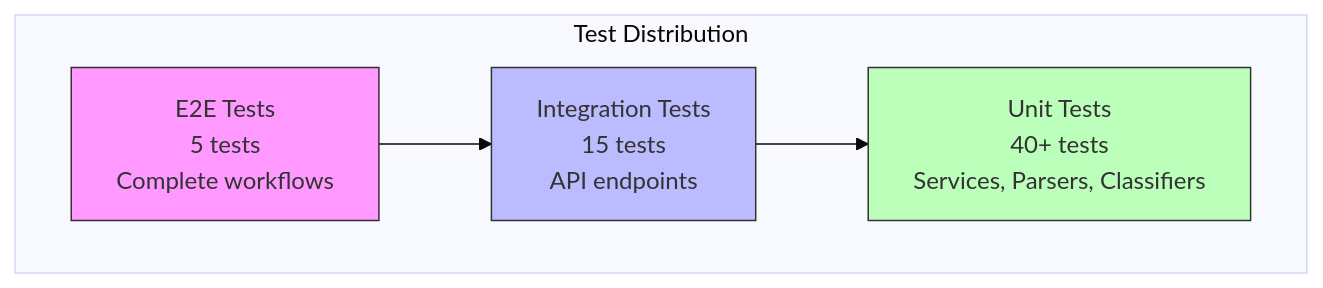
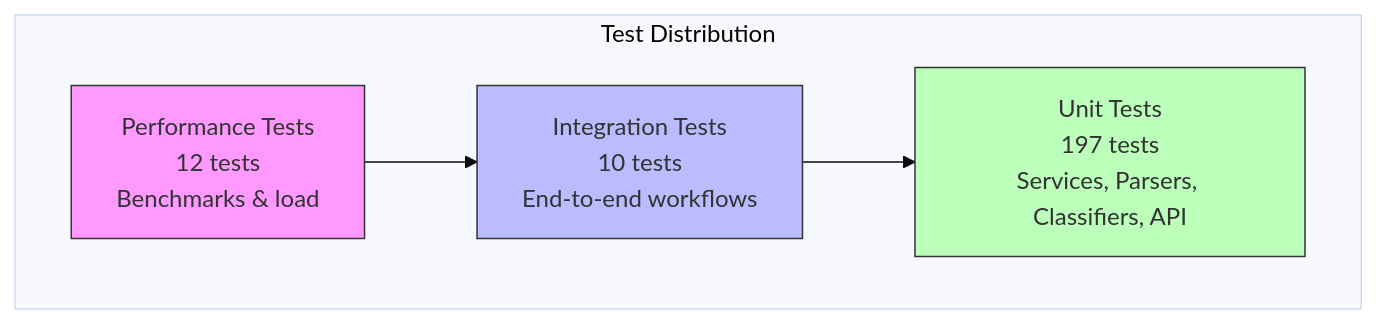
Before and after one commit to VladyslavTkach/AI-Coding-Partner-Homework: the diagram in homework-2/docs/TESTING_GUIDE.md, drawn with Mermaid (base theme). The commit also changed other lines of this file and 13 other files, not shown here.

First line of the commit message:
Implement Task 5: Integration & Performance Tests

````diff
--- a/homework-2/docs/TESTING_GUIDE.md
+++ b/homework-2/docs/TESTING_GUIDE.md
@@ -14,15 +15,15 @@
 ```mermaid
 graph TB
     subgraph "Test Distribution"
-        E2E["E2E Tests<br/>5 tests<br/>Complete workflows"]
-        INT["Integration Tests<br/>15 tests<br/>API endpoints"]
-        UNIT["Unit Tests<br/>40+ tests<br/>Services, Parsers, Classifiers"]
+        PERF["Performance Tests<br/>12 tests<br/>Benchmarks & load"]
+        INT["Integration Tests<br/>10 tests<br/>End-to-end workflows"]
+        UNIT["Unit Tests<br/>197 tests<br/>Services, Parsers, Classifiers, API"]
     end
 
-    E2E --> INT
+    PERF --> INT
     INT --> UNIT
 
-    style E2E fill:#f9f,stroke:#333
+    style PERF fill:#f9f,stroke:#333
     style INT fill:#bbf,stroke:#333
     style UNIT fill:#bfb,stroke:#333
 ```
````
